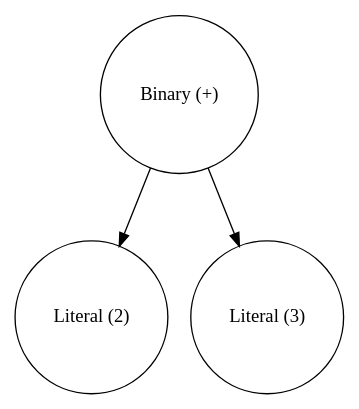
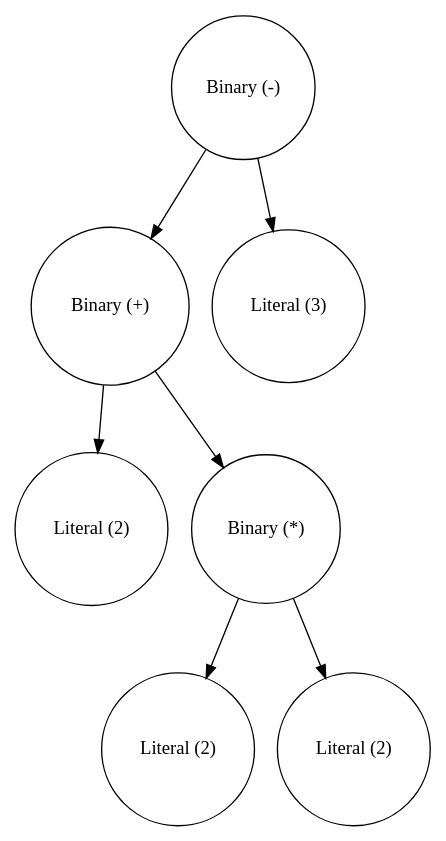
Before and after one commit to chosti34/CompilerCreationTool: the diagram in CompilerCreationTool/CompilerCreationTool/ast.dot, drawn with Graphviz. The commit also changed 9 other files, not shown here.

```diff
--- a/CompilerCreationTool/CompilerCreationTool/ast.dot
+++ b/CompilerCreationTool/CompilerCreationTool/ast.dot
@@ -1,7 +1,15 @@
 digraph {
-0 [shape="circle" label="Binary (+)"];
-1 [shape="circle" label="Literal (2)"];
-2 [shape="circle" label="Literal (3)"];
+0 [shape="circle" label="Binary (-)"];
+1 [shape="circle" label="Binary (+)"];
+2 [shape="circle" label="Literal (2)"];
+3 [shape="circle" label="Binary (*)"];
+4 [shape="circle" label="Literal (2)"];
+5 [shape="circle" label="Literal (2)"];
+3->4 [label=" "];
+3->5 [label=" "];
+1->2 [label=" "];
+1->3 [label=" "];
+6 [shape="circle" label="Literal (3)"];
 0->1 [label=" "];
-0->2 [label=" "];
+0->6 [label=" "];
 }
```
